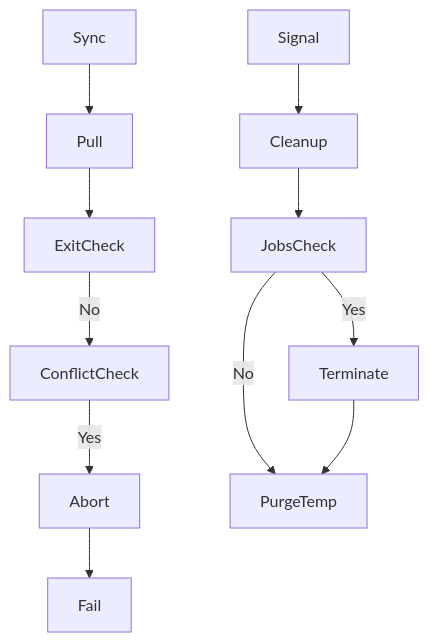
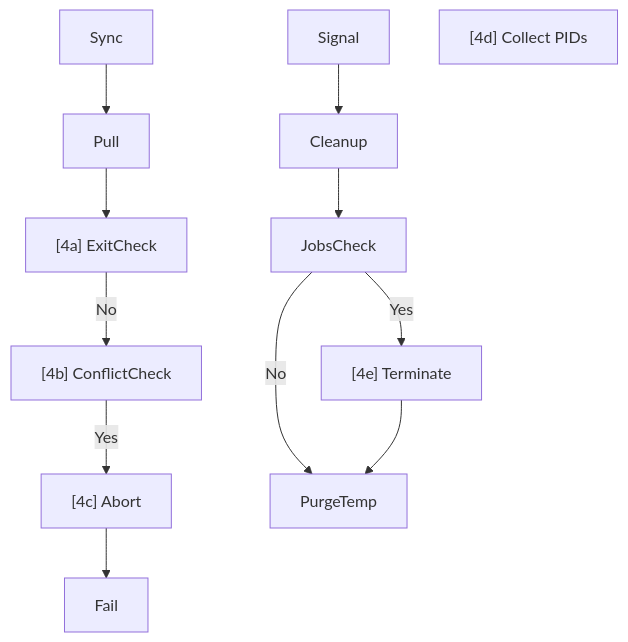
The fourth of 5 diagrams in git_repomgr/git_autosync_CHARTS.md (mshedsilegx/devops), drawn with Mermaid before and after one commit. The commit also changed other lines of this file and 1 other file, not shown here.

````diff
--- a/git_repomgr/git_autosync_CHARTS.md
+++ b/git_repomgr/git_autosync_CHARTS.md
@@ -105,13 +105,14 @@
 ```mermaid
 graph TD
 Sync --> Pull
-Pull --> ExitCheck
-ExitCheck -- No --> ConflictCheck
-ConflictCheck -- Yes --> Abort
+Pull --> ExitCheck["[4a] ExitCheck"]
+ExitCheck -- No --> ConflictCheck["[4b] ConflictCheck"]
+ConflictCheck -- Yes --> Abort["[4c] Abort"]
 Abort --> Fail
 Signal --> Cleanup
 Cleanup --> JobsCheck
-JobsCheck -- Yes --> Terminate
+JobsCheck -- Yes --> Terminate["[4e] Terminate"]
 JobsCheck -- No --> PurgeTemp
 Terminate --> PurgeTemp
+pids["[4d] Collect PIDs"]
 ```
````
